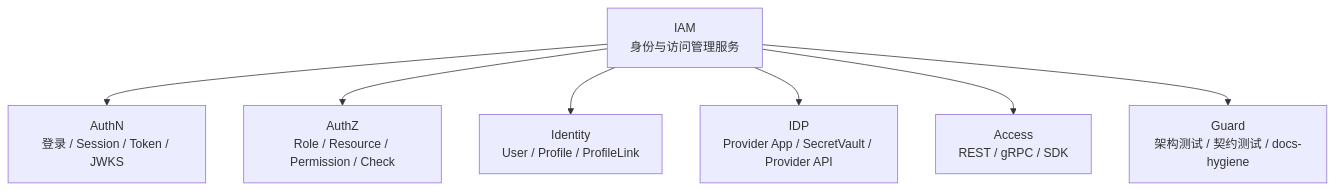
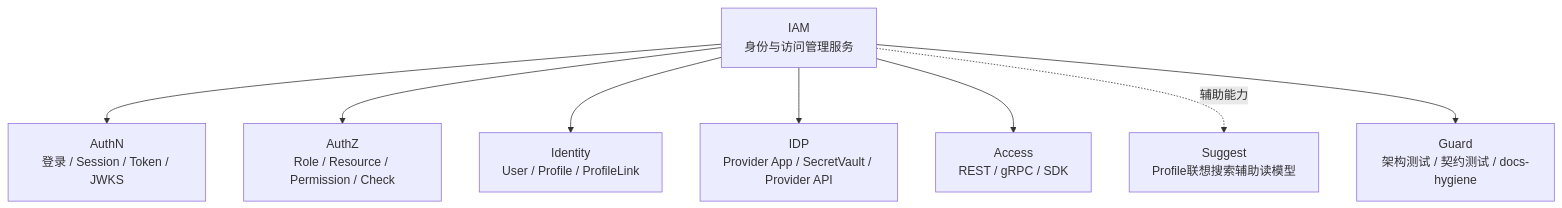
The first of 35 diagrams in docs/07-宣讲/12-架构图素材索引.md (FangcunMount/iam), drawn with Mermaid before and after one commit. The commit also changed other lines of this file and 16 other files, not shown here.

````diff
--- a/docs/07-宣讲/12-架构图素材索引.md
+++ b/docs/07-宣讲/12-架构图素材索引.md
@@ -154,18 +147,20 @@
 ```mermaid
 flowchart TD
     IAM["IAM<br/>身份与访问管理服务"]
 
     AuthN["AuthN<br/>登录 / Session / Token / JWKS"]
     AuthZ["AuthZ<br/>Role / Resource / Permission / Check"]
     Identity["Identity<br/>User / Profile / ProfileLink"]
     IDP["IDP<br/>Provider App / SecretVault / Provider API"]
     Access["Access<br/>REST / gRPC / SDK"]
+    Suggest["Suggest<br/>Profile联想搜索辅助读模型"]
     Guard["Guard<br/>架构测试 / 契约测试 / docs-hygiene"]
 
     IAM --> AuthN
     IAM --> AuthZ
     IAM --> Identity
     IAM --> IDP
     IAM --> Access
+    IAM -.辅助能力.-> Suggest
     IAM --> Guard
 ```
````
